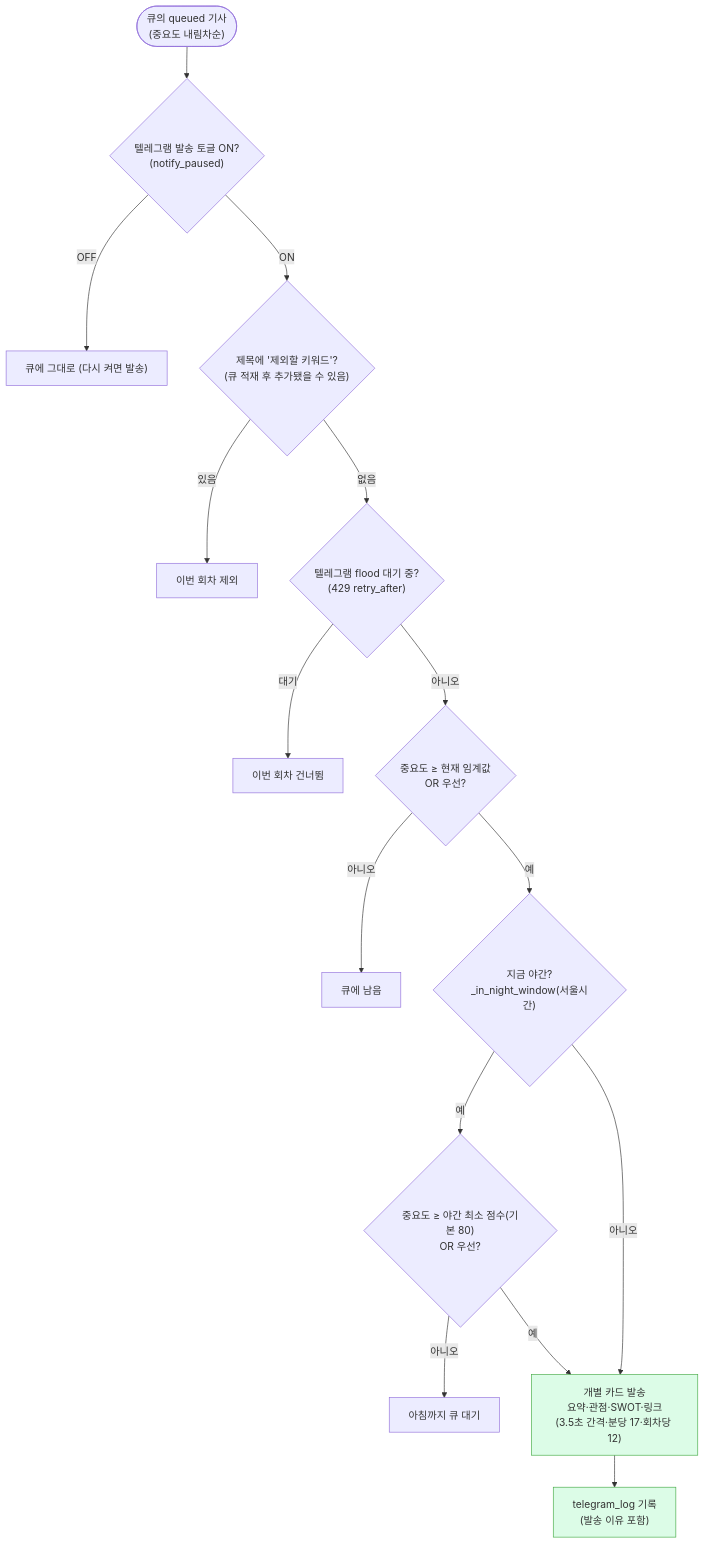
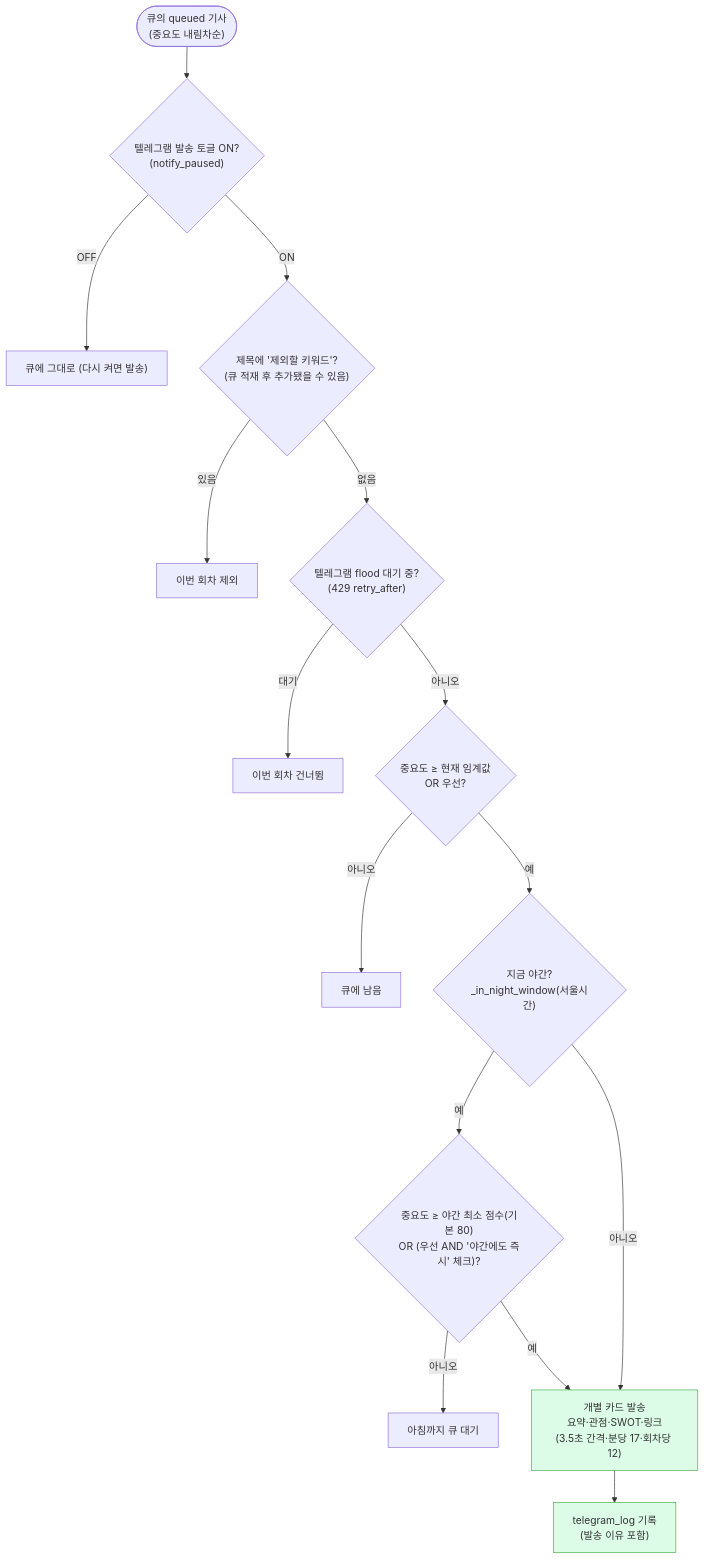
The fourth of 7 diagrams in docs/FLOW.md (taehyun108/P-FM_NEWS), drawn with Mermaid before and after one commit. The commit also changed other lines of this file and 6 other files, not shown here.

````diff
--- a/docs/FLOW.md
+++ b/docs/FLOW.md
@@ -111,20 +114,20 @@
 ```mermaid
 flowchart TB
     P(["큐의 queued 기사\n(중요도 내림차순)"]) --> PAUSE{"텔레그램 발송 토글 ON?\n(notify_paused)"}
     PAUSE -->|OFF| HOLD1["큐에 그대로 (다시 켜면 발송)"]
     PAUSE -->|ON| EXCL{"제목에 '제외할 키워드'?\n(큐 적재 후 추가됐을 수 있음)"}
     EXCL -->|있음| DROP2["이번 회차 제외"]
     EXCL -->|없음| FLOOD{"텔레그램 flood 대기 중?\n(429 retry_after)"}
     FLOOD -->|대기| HOLD2["이번 회차 건너뜀"]
     FLOOD -->|아니오| TH{"중요도 ≥ 현재 임계값\nOR 우선?"}
     TH -->|아니오| HOLD3["큐에 남음"]
     TH -->|예| NIGHT{"지금 야간?\n_in_night_window(서울시간)"}
-    NIGHT -->|예| NMIN{"중요도 ≥ 야간 최소 점수(기본 80)\nOR 우선?"}
+    NIGHT -->|예| NMIN{"중요도 ≥ 야간 최소 점수(기본 80)\nOR (우선 AND '야간에도 즉시' 체크)?"}
     NMIN -->|아니오| MORNING["아침까지 큐 대기"]
     NMIN -->|예| SEND
     NIGHT -->|아니오| SEND["개별 카드 발송\n요약·관점·SWOT·링크\n(3.5초 간격·분당 17·회차당 12)"]
     SEND --> LOG["telegram_log 기록\n(발송 이유 포함)"]
 
     classDef send fill:#dcfce7,stroke:#4a4
     class SEND,LOG send
 ```
````
